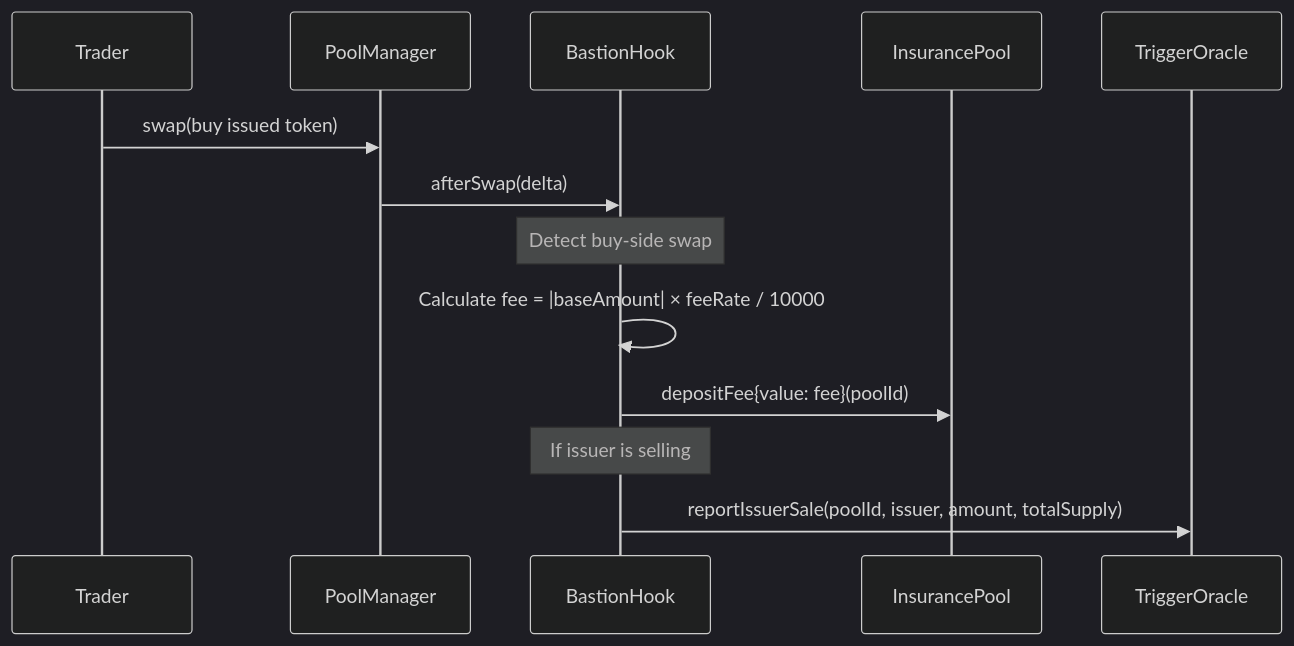
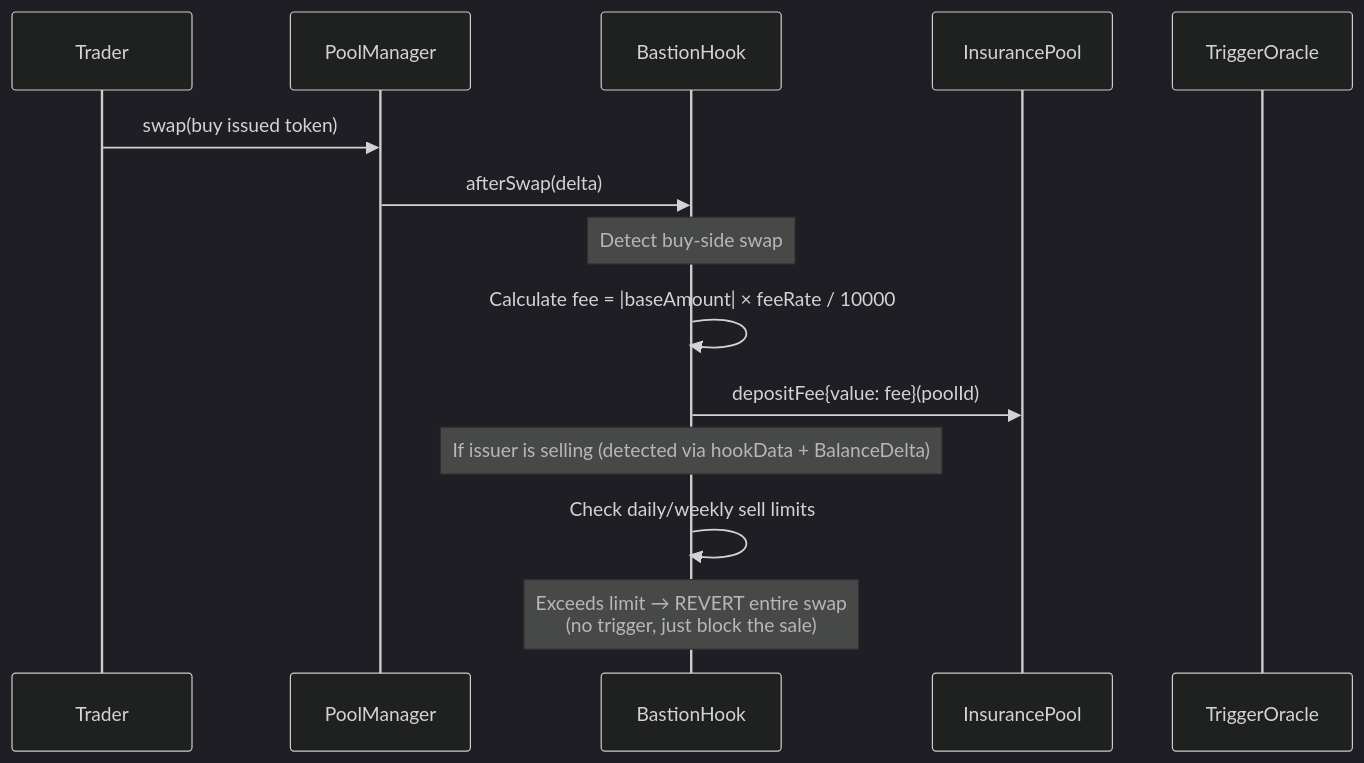
One commit to bastionswap/bastionswap changed the third of 6 diagrams in docs/ARCHITECTURE.md. Above: the diagram before and after it, drawn with Mermaid (dark theme). The commit also changed other lines of this file and 1 other file, not shown here.

````diff
--- a/docs/ARCHITECTURE.md
+++ b/docs/ARCHITECTURE.md
@@ -111,18 +101,19 @@
 ```mermaid
 sequenceDiagram
     participant Trader
     participant PoolManager
     participant BastionHook
     participant InsurancePool
     participant TriggerOracle
 
     Trader->>PoolManager: swap(buy issued token)
     PoolManager->>BastionHook: afterSwap(delta)
 
     Note over BastionHook: Detect buy-side swap
     BastionHook->>BastionHook: Calculate fee = |baseAmount| × feeRate / 10000
     BastionHook->>InsurancePool: depositFee{value: fee}(poolId)
 
-    Note over BastionHook: If issuer is selling
-    BastionHook->>TriggerOracle: reportIssuerSale(poolId, issuer, amount, totalSupply)
+    Note over BastionHook: If issuer is selling (detected via hookData + BalanceDelta)
+    BastionHook->>BastionHook: Check daily/weekly sell limits
+    Note over BastionHook: Exceeds limit → REVERT entire swap<br/>(no trigger, just block the sale)
 ```
````
